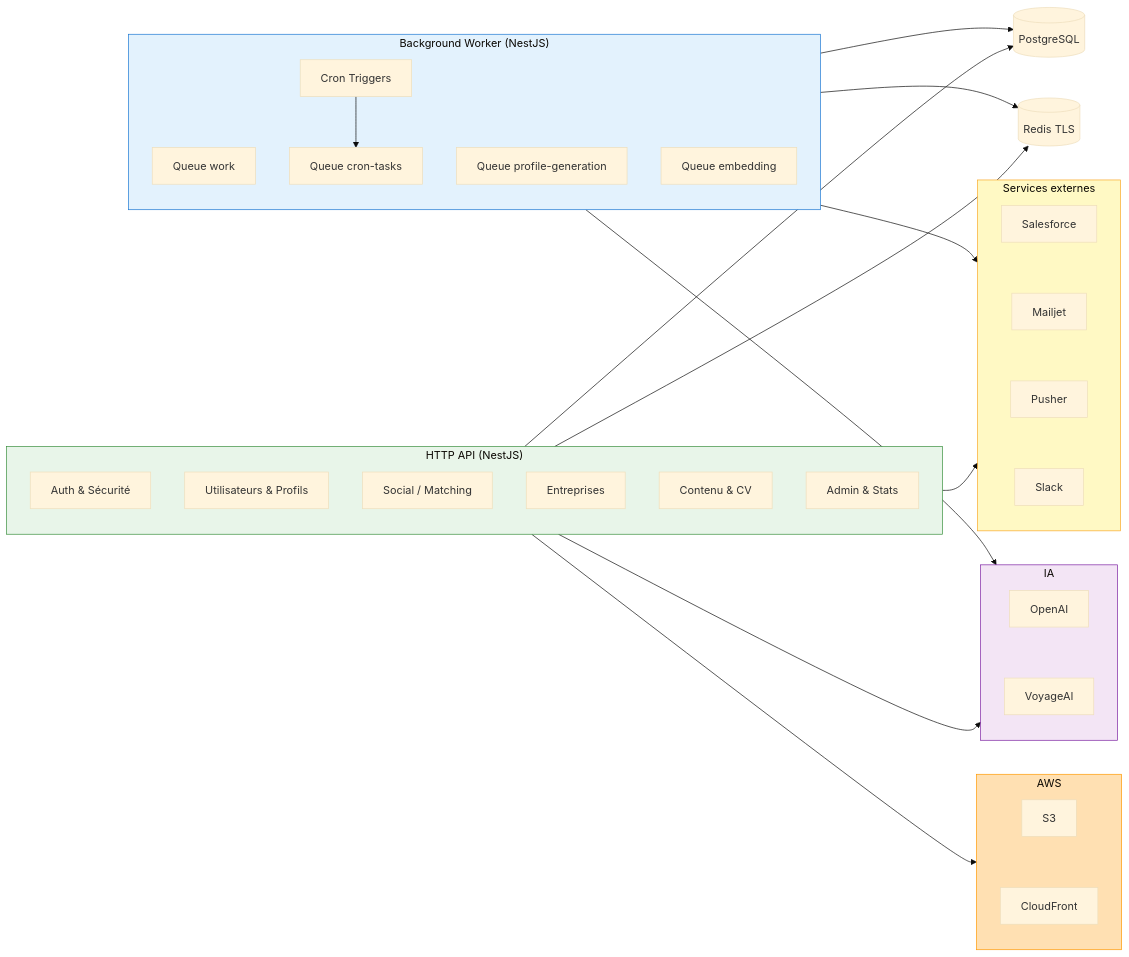
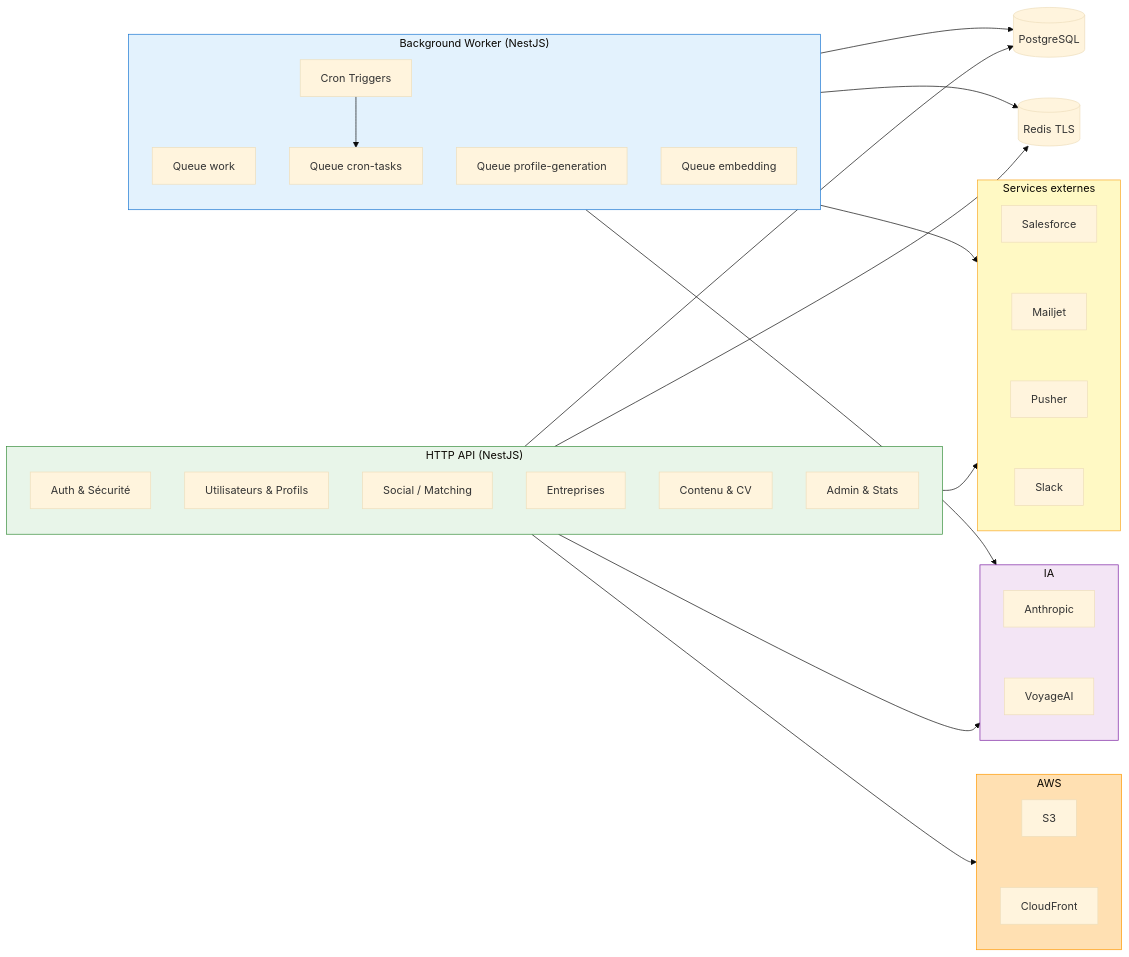
One commit to ReseauEntourage/entourage-job-back changed the first of 2 diagrams in TECH_ARCH.md. Above: the diagram before and after it, drawn with Mermaid (base theme). The commit also changed other lines of this file and 39 other files, not shown here.

First line of the commit message:
Switch the CV extraction from OpenAI to Anthropic

````diff
--- a/TECH_ARCH.md
+++ b/TECH_ARCH.md
@@ -9,53 +9,53 @@
 ```mermaid
 graph LR
     subgraph API["HTTP API (NestJS)"]
         direction TB
         AUTH["Auth & Sécurité"]
         USERS["Utilisateurs & Profils"]
         SOCIAL["Social / Matching"]
         COMPANIES["Entreprises"]
         CONTENT["Contenu & CV"]
         ADMIN["Admin & Stats"]
     end
 
     subgraph Worker["Background Worker (NestJS)"]
         direction TB
         WORK_Q["Queue work"]
         PROFGEN_Q["Queue profile-generation"]
         EMBED_Q["Queue embedding"]
         CRON_Q["Queue cron-tasks"]
         CRON_T["Cron Triggers"]
     end
 
     subgraph AWS["AWS"]
         S3 ~~~ CloudFront
     end
 
     subgraph AI["IA"]
-        OpenAI ~~~ VoyageAI
+        Anthropic ~~~ VoyageAI
     end
 
     subgraph Externes["Services externes"]
         Salesforce ~~~ Mailjet ~~~ Pusher ~~~ Slack
     end
 
     DB[(PostgreSQL)]
     REDIS[(Redis TLS)]
 
     API --> DB
     API --> REDIS
     Worker --> DB
     Worker --> REDIS
     API --> AWS
     API --> AI
     API --> Externes
     Worker --> Externes
     Worker --> AI
     CRON_T --> CRON_Q
 
     style API fill:#E8F5E9,stroke:#388E3C
     style Worker fill:#E3F2FD,stroke:#1976D2
     style AWS fill:#FFE0B2,stroke:#FF9900
     style AI fill:#F3E5F5,stroke:#7B1FA2
     style Externes fill:#FFF9C4,stroke:#F9A825
 ```
````
